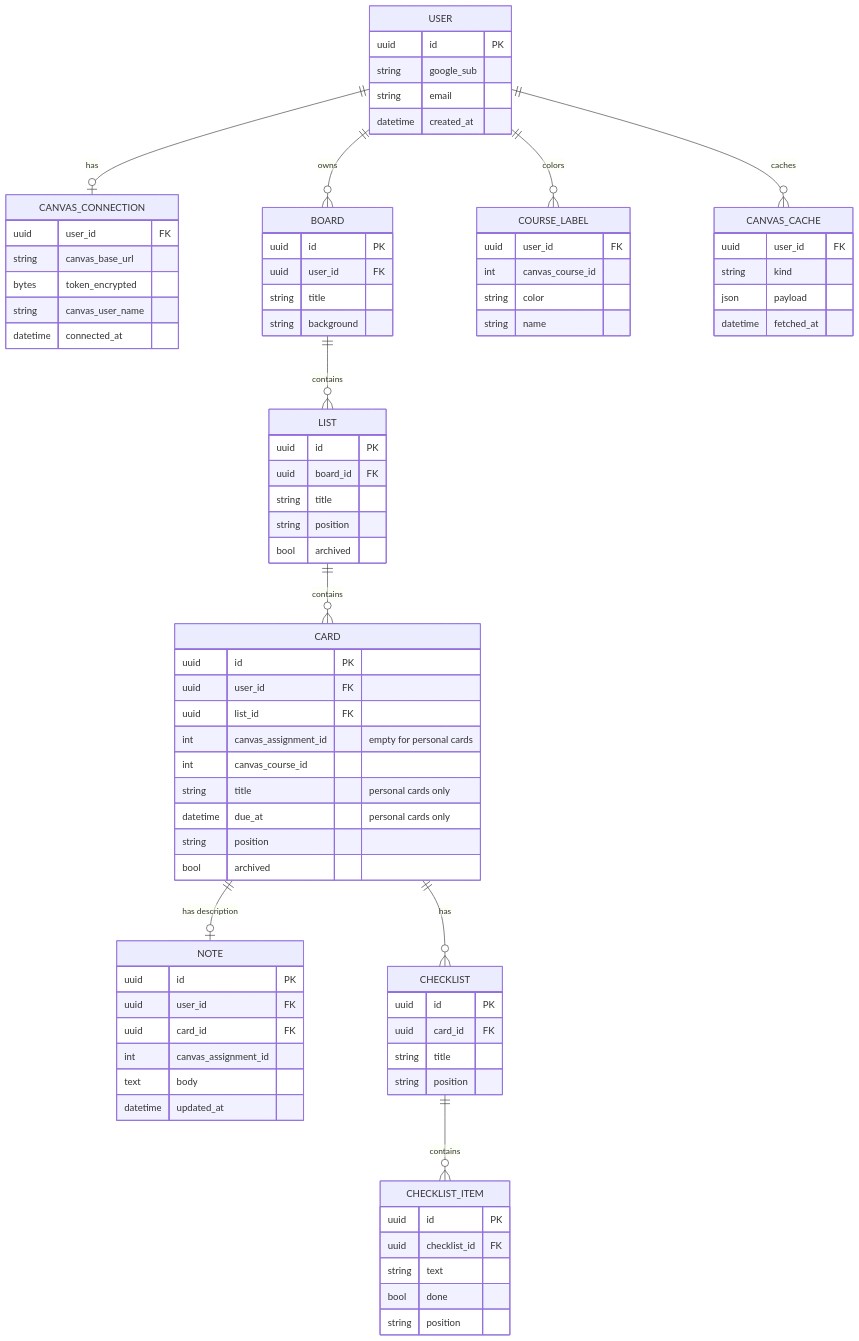
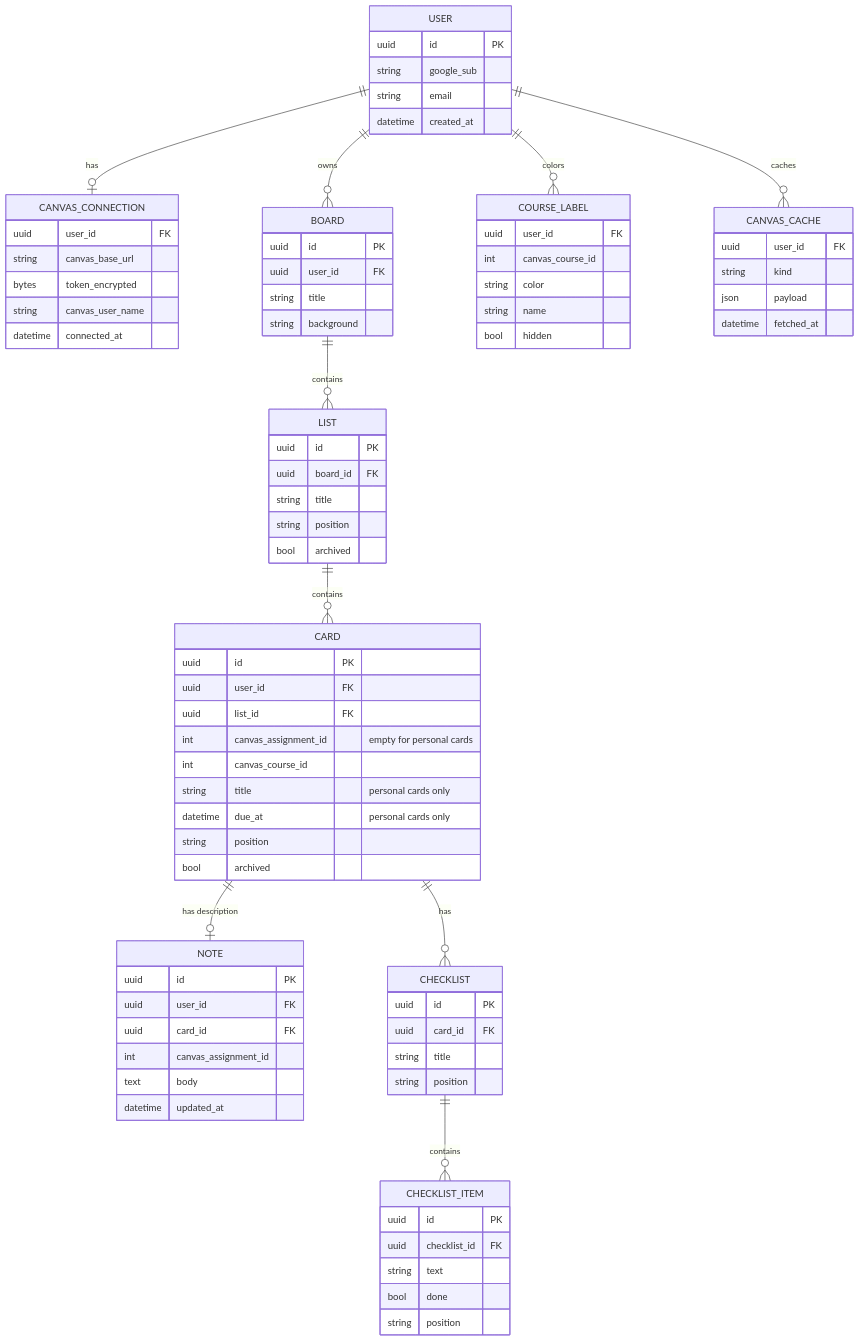
The second of 6 diagrams in docs/canvas-portal/03-design.md (bbranton/TestProj), drawn with Mermaid before and after one commit. The commit also changed other lines of this file and 4 other files, not shown here.

```diff
--- a/docs/canvas-portal/03-design.md
+++ b/docs/canvas-portal/03-design.md
@@ -134,6 +134,7 @@
         int canvas_course_id
         string color
         string name
+        bool hidden
     }
     CANVAS_CACHE {
         uuid user_id FK
```
